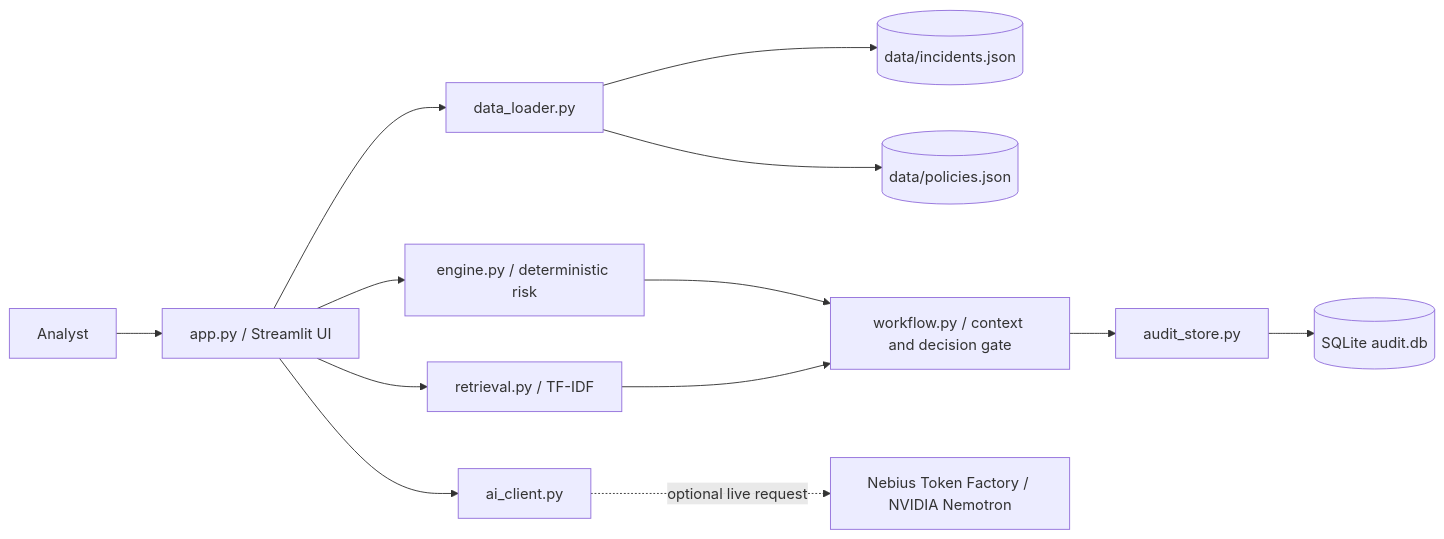
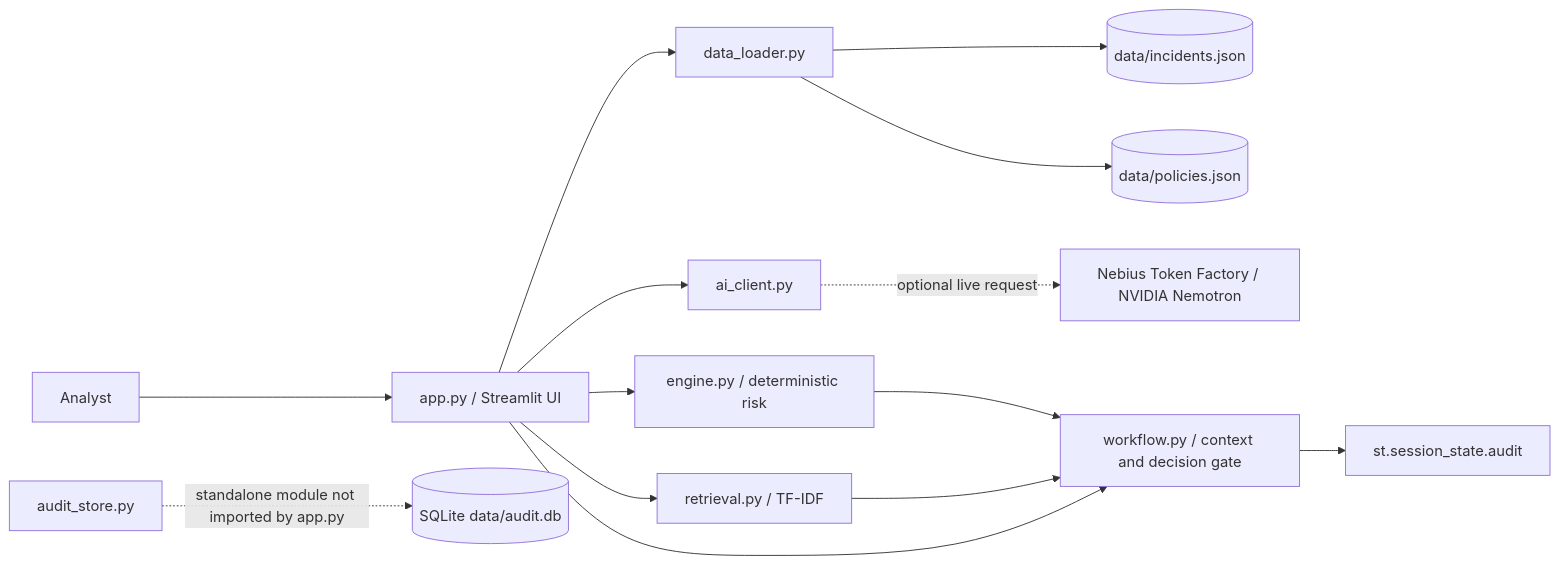
Before and after one commit to Kush760/GuardBee: the diagram in docs/diagrams/architecture.mmd, drawn with Mermaid. The commit also changed 65 other files, not shown here.

```diff
--- a/docs/diagrams/architecture.mmd
+++ b/docs/diagrams/architecture.mmd
@@ -1,13 +1,14 @@
 flowchart LR
   Analyst[Analyst] --> UI[app.py / Streamlit UI]
   UI --> Loader[data_loader.py]
   Loader --> Incidents[(data/incidents.json)]
   Loader --> Policies[(data/policies.json)]
   UI --> Engine[engine.py / deterministic risk]
   UI --> Retrieval[retrieval.py / TF-IDF]
-  Engine --> Context[workflow.py / context and decision gate]
-  Retrieval --> Context
   UI --> AI[ai_client.py]
   AI -. optional live request .-> Nebius[Nebius Token Factory / NVIDIA Nemotron]
-  Context --> Audit[audit_store.py]
-  Audit --> DB[(SQLite audit.db)]
+  Engine --> WF[workflow.py / context and decision gate]
+  Retrieval --> WF
+  UI --> WF
+  WF --> SessionAudit[st.session_state.audit]
+  AuditMod[audit_store.py] -.->|standalone module not imported by app.py| DB[(SQLite data/audit.db)]
```
